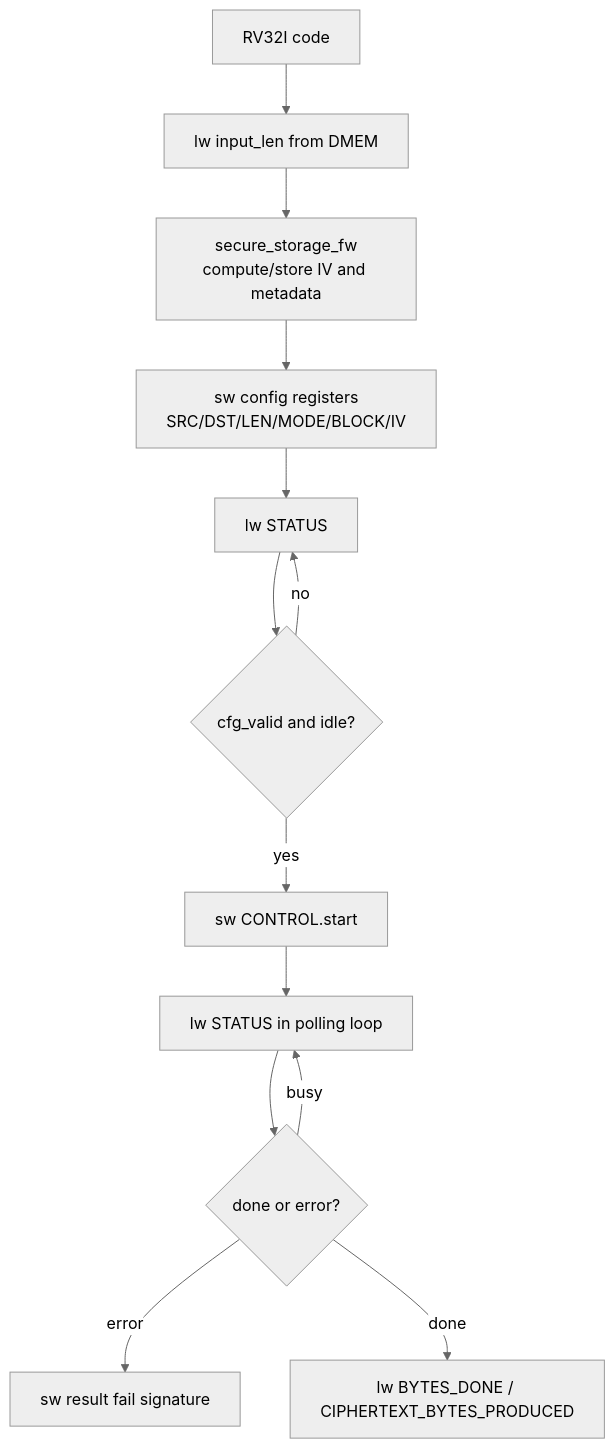
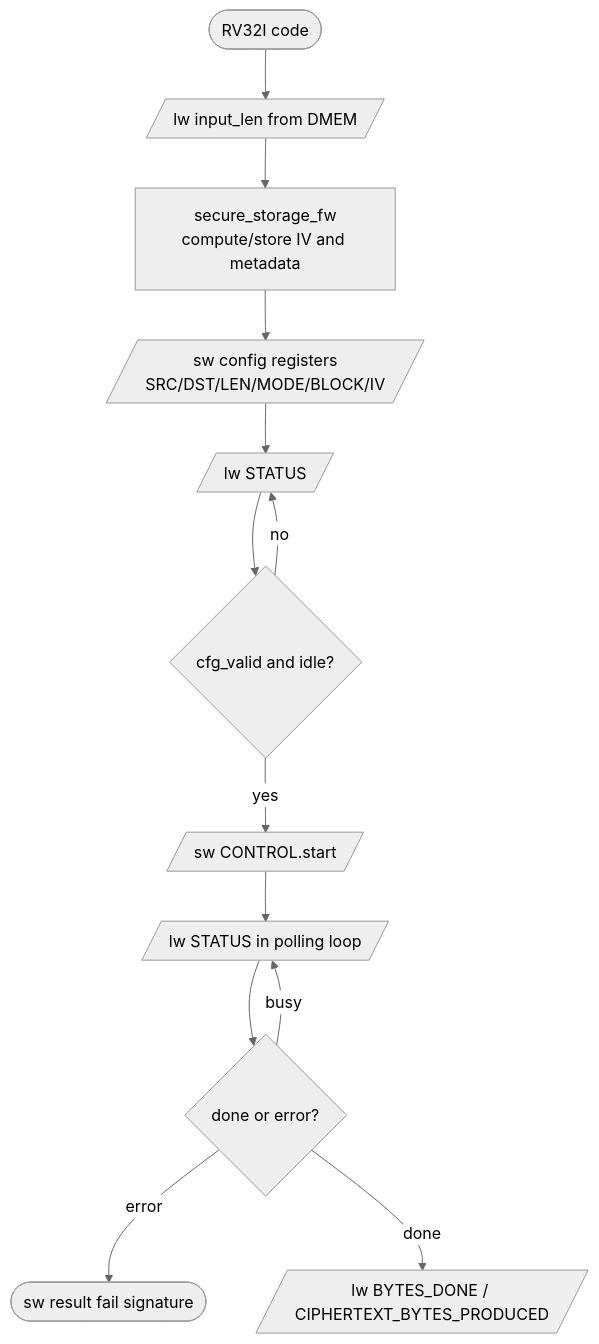
The diagram in docs/dma_riscv_instruction_programming_spec.md (ngoquocan139/AES_huffman_all6), drawn with Mermaid (neutral theme) before and after one commit. The commit also changed 28 other files, not shown here.

````diff
--- a/docs/dma_riscv_instruction_programming_spec.md
+++ b/docs/dma_riscv_instruction_programming_spec.md
@@ -46,15 +46,15 @@
 ```mermaid
 flowchart TD
-  A["RV32I code"] --> B["lw input_len from DMEM"]
+  A(["RV32I code"]) --> B[/"lw input_len from DMEM"/]
   B --> C["secure_storage_fw\ncompute/store IV and metadata"]
-  C --> D["sw config registers\nSRC/DST/LEN/MODE/BLOCK/IV"]
-  D --> E["lw STATUS"]
+  C --> D[/"sw config registers\nSRC/DST/LEN/MODE/BLOCK/IV"/]
+  D --> E[/"lw STATUS"/]
   E --> F{"cfg_valid and idle?"}
   F -->|"no"| E
-  F -->|"yes"| G["sw CONTROL.start"]
-  G --> H["lw STATUS in polling loop"]
+  F -->|"yes"| G[/"sw CONTROL.start"/]
+  G --> H[/"lw STATUS in polling loop"/]
   H --> I{"done or error?"}
   I -->|"busy"| H
-  I -->|"error"| J["sw result fail signature"]
-  I -->|"done"| K["lw BYTES_DONE / CIPHERTEXT_BYTES_PRODUCED"]
+  I -->|"error"| J(["sw result fail signature"])
+  I -->|"done"| K[/"lw BYTES_DONE / CIPHERTEXT_BYTES_PRODUCED"/]
 ```
````
